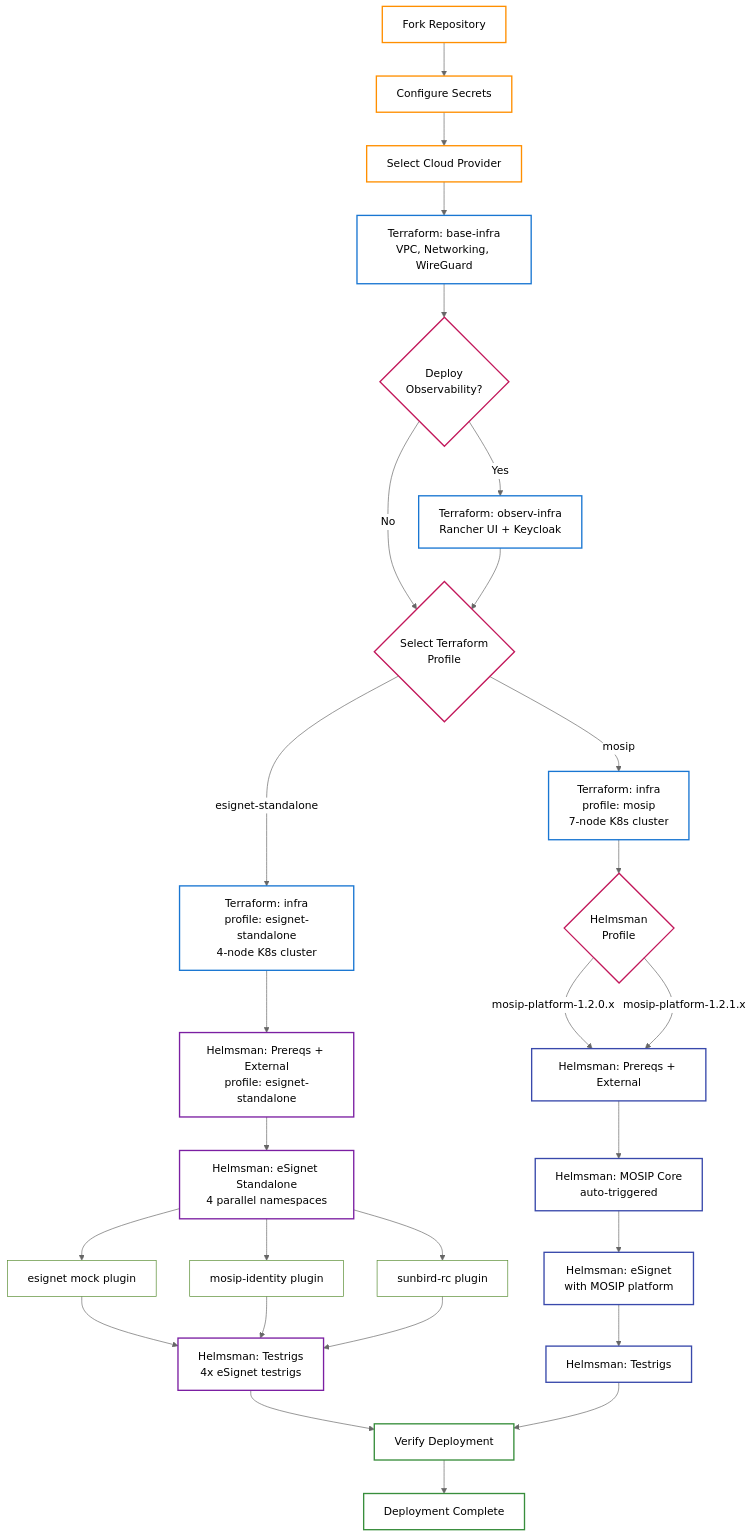
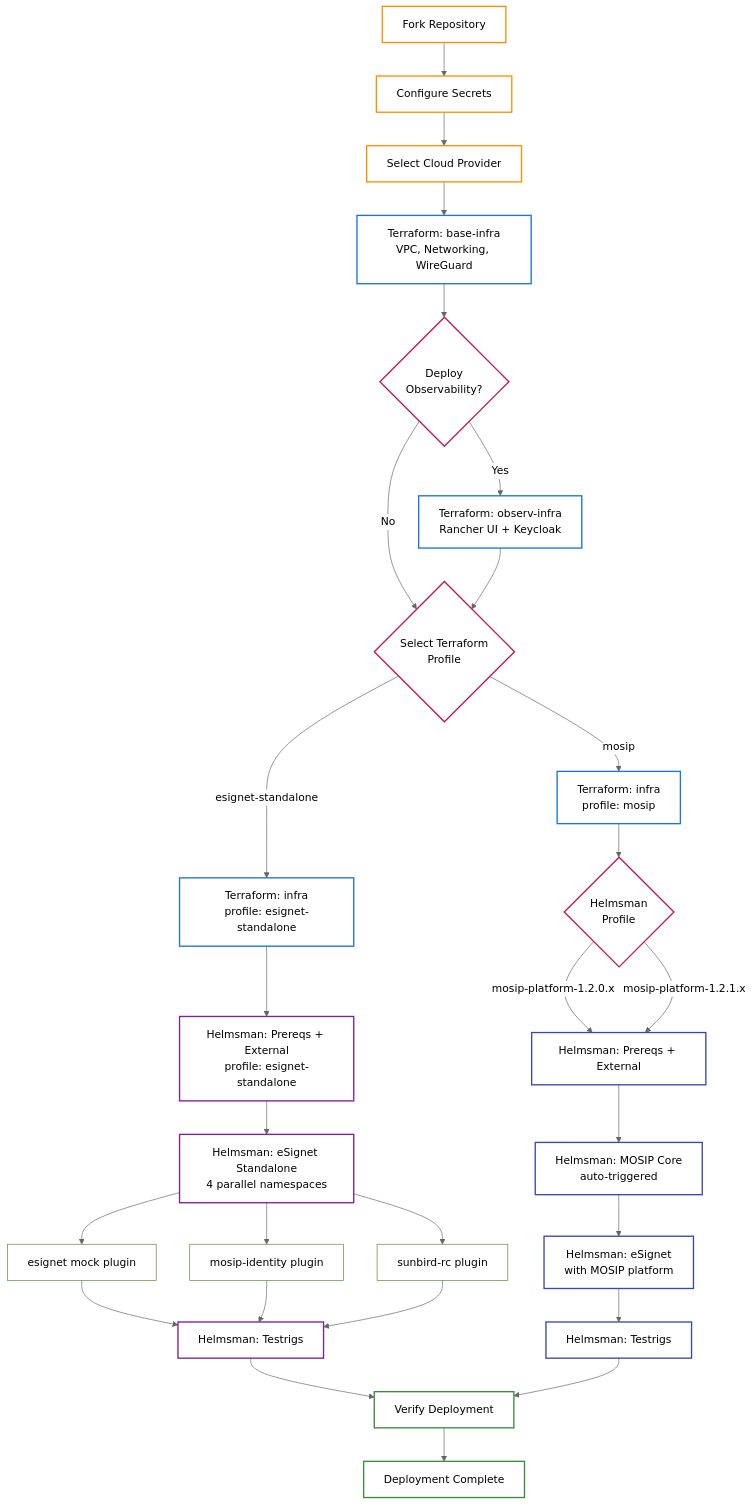
The diagram in README.md (mosip/infra), drawn with Mermaid before and after one commit.

Commit message:
fixes: #1888 remove cluster size and testrig count wording from flow diagram

````diff
--- a/README.md
+++ b/README.md
@@ -28,61 +28,61 @@
 ```mermaid
 %%{init: {'theme': 'neutral'}}%%
 graph TB
     %% Prerequisites
     A[Fork Repository] --> B[Configure Secrets]
     B --> C[Select Cloud Provider]
 
     %% Infrastructure Phase
     C --> D[Terraform: base-infra<br/>VPC, Networking, WireGuard]
     D --> OBS{Deploy<br/>Observability?}
     OBS -->|Yes| F[Terraform: observ-infra<br/>Rancher UI + Keycloak]
     OBS -->|No| PS
     F --> PS
 
     %% Terraform Profile Selection
     PS{Select Terraform<br/>Profile}
-    PS -->|esignet-standalone| TF_ES[Terraform: infra<br/>profile: esignet-standalone<br/>4-node K8s cluster]
-    PS -->|mosip| TF_MP[Terraform: infra<br/>profile: mosip<br/>7-node K8s cluster]
+    PS -->|esignet-standalone| TF_ES[Terraform: infra<br/>profile: esignet-standalone]
+    PS -->|mosip| TF_MP[Terraform: infra<br/>profile: mosip]
 
     %% ── eSignet Standalone Flow — Helmsman profile: esignet ─────
     TF_ES --> ES_EXT[Helmsman: Prereqs + External<br/>profile: esignet-standalone]
     ES_EXT --> ES_ESIGNET[Helmsman: eSignet Standalone<br/>4 parallel namespaces]
 
     ES_ESIGNET --> NS1[esignet mock plugin]
     ES_ESIGNET --> NS2[mosip-identity plugin]
     ES_ESIGNET --> NS4[sunbird-rc plugin]
 
-    NS1 --> ES_TRIGS[Helmsman: Testrigs<br/>4x eSignet testrigs]
+    NS1 --> ES_TRIGS[Helmsman: Testrigs]
     NS2 --> ES_TRIGS
     NS4 --> ES_TRIGS
 
     %% ── MOSIP Platform Flow — Helmsman profile selection ────────
     TF_MP --> MP_VER{Helmsman<br/>Profile}
     MP_VER -->|mosip-platform-1.2.0.x| MP_EXT[Helmsman: Prereqs + External]
     MP_VER -->|mosip-platform-1.2.1.x| MP_EXT
     MP_EXT --> MP_MOSIP[Helmsman: MOSIP Core<br/>auto-triggered]
     MP_MOSIP --> MP_ESIGNET[Helmsman: eSignet<br/>with MOSIP platform]
     MP_ESIGNET --> MP_TRIGS[Helmsman: Testrigs]
 
     %% Final Verification
     ES_TRIGS --> V[Verify Deployment]
     MP_TRIGS --> V
     V --> DONE[Deployment Complete]
 
     %% Styling — transparent fills for readability in both light and dark themes
     classDef prereq fill:none,stroke:#ff8f00,stroke-width:2px
     classDef terraform fill:none,stroke:#1976d2,stroke-width:2px
     classDef helmsman fill:none,stroke:#7b1fa2,stroke-width:2px
     classDef mosip fill:none,stroke:#3949ab,stroke-width:2px
     classDef ns fill:none,stroke:#558b2f,stroke-width:1px
     classDef success fill:none,stroke:#388e3c,stroke-width:2px
     classDef decision fill:none,stroke:#c2185b,stroke-width:2px
 
     class A,B,C prereq
     class D,F,TF_ES,TF_MP terraform
     class ES_EXT,ES_ESIGNET,ES_TRIGS helmsman
     class MP_EXT,MP_MOSIP,MP_ESIGNET,MP_TRIGS mosip
     class NS1,NS2,NS3,NS4 ns
     class V,DONE success
     class OBS,PS,MP_VER decision
 ```
````
